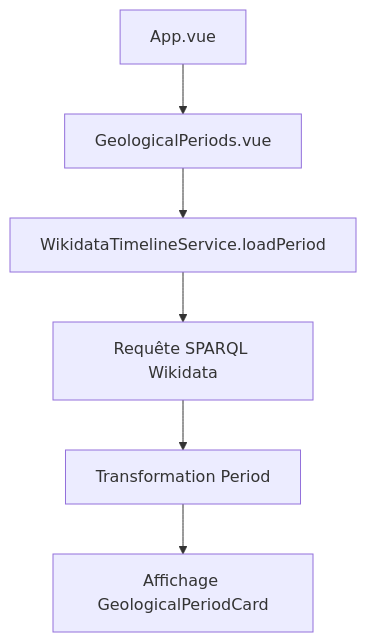
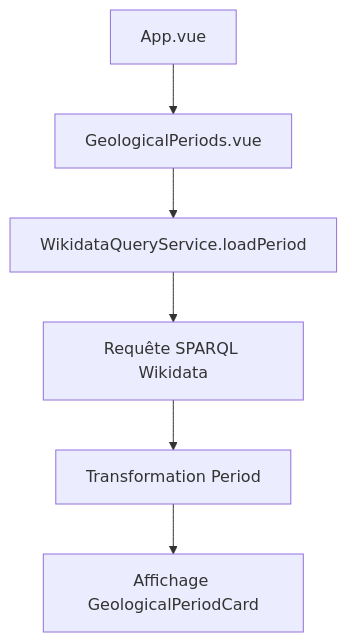
One commit to flobutbut/UniversalTimeline changed the first of 6 diagrams in Documentation-flux-donnees.md. Above: the diagram before and after it, drawn with Mermaid. The commit also changed other lines of this file and 729 other files, not shown here.

````diff
--- a/Documentation-flux-donnees.md
+++ b/Documentation-flux-donnees.md
@@ -13,8 +13,8 @@
 ```mermaid
 graph TD
     A[App.vue] --> B[GeologicalPeriods.vue]
-    B --> C[WikidataTimelineService.loadPeriod]
+    B --> C[WikidataQueryService.loadPeriod]
     C --> D[Requête SPARQL Wikidata]
     D --> E[Transformation Period]
     E --> F[Affichage GeologicalPeriodCard]
 ```
````
